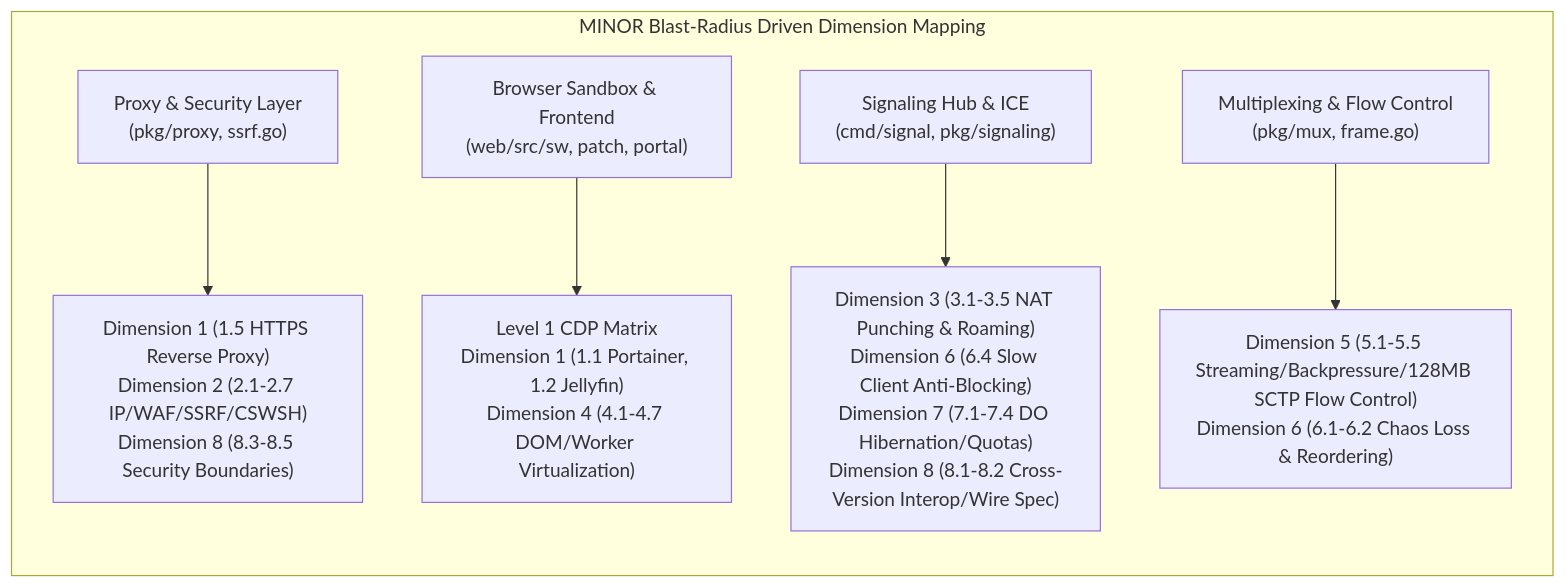
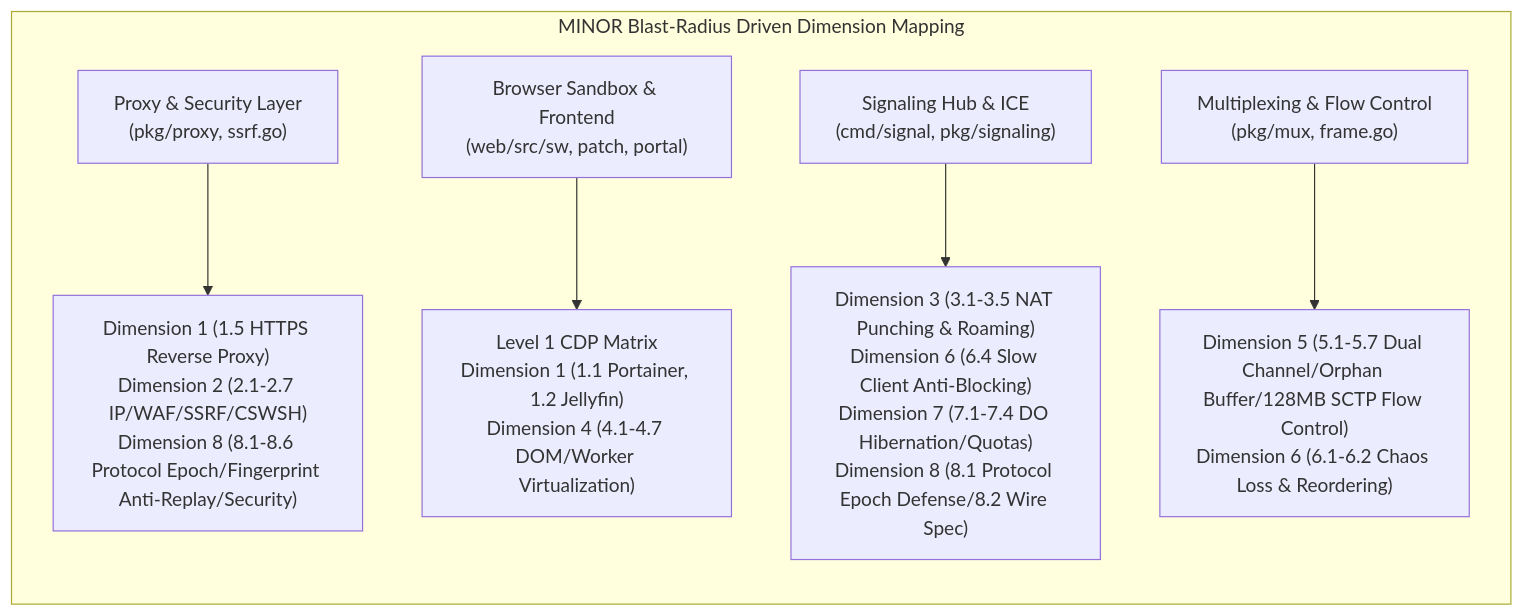
Before and after one commit to BeingNoAbility/WebRTC-Gateway: the second of 4 diagrams in docs/en/TESTING_CHECKLIST.md, drawn with Mermaid. The commit also changed other lines of this file and 6 other files, not shown here.

````diff
--- a/docs/en/TESTING_CHECKLIST.md
+++ b/docs/en/TESTING_CHECKLIST.md
@@ -37,9 +37,9 @@
 ```mermaid
 flowchart LR
     subgraph Blast_Radius_Mapping["MINOR Blast-Radius Driven Dimension Mapping"]
-        C1["Proxy & Security Layer<br/>(pkg/proxy, ssrf.go)"] --> R1["Dimension 1 (1.5 HTTPS Reverse Proxy)<br/>Dimension 2 (2.1-2.7 IP/WAF/SSRF/CSWSH)<br/>Dimension 8 (8.3-8.5 Security Boundaries)"]
+        C1["Proxy & Security Layer<br/>(pkg/proxy, ssrf.go)"] --> R1["Dimension 1 (1.5 HTTPS Reverse Proxy)<br/>Dimension 2 (2.1-2.7 IP/WAF/SSRF/CSWSH)<br/>Dimension 8 (8.1-8.6 Protocol Epoch/Fingerprint Anti-Replay/Security)"]
         C2["Browser Sandbox & Frontend<br/>(web/src/sw, patch, portal)"] --> R2["Level 1 CDP Matrix<br/>Dimension 1 (1.1 Portainer, 1.2 Jellyfin)<br/>Dimension 4 (4.1-4.7 DOM/Worker Virtualization)"]
-        C3["Signaling Hub & ICE<br/>(cmd/signal, pkg/signaling)"] --> R3["Dimension 3 (3.1-3.5 NAT Punching & Roaming)<br/>Dimension 6 (6.4 Slow Client Anti-Blocking)<br/>Dimension 7 (7.1-7.4 DO Hibernation/Quotas)<br/>Dimension 8 (8.1-8.2 Cross-Version Interop/Wire Spec)"]
-        C4["Multiplexing & Flow Control<br/>(pkg/mux, frame.go)"] --> R4["Dimension 5 (5.1-5.5 Streaming/Backpressure/128MB SCTP Flow Control)<br/>Dimension 6 (6.1-6.2 Chaos Loss & Reordering)"]
+        C3["Signaling Hub & ICE<br/>(cmd/signal, pkg/signaling)"] --> R3["Dimension 3 (3.1-3.5 NAT Punching & Roaming)<br/>Dimension 6 (6.4 Slow Client Anti-Blocking)<br/>Dimension 7 (7.1-7.4 DO Hibernation/Quotas)<br/>Dimension 8 (8.1 Protocol Epoch Defense/8.2 Wire Spec)"]
+        C4["Multiplexing & Flow Control<br/>(pkg/mux, frame.go)"] --> R4["Dimension 5 (5.1-5.7 Dual Channel/Orphan Buffer/128MB SCTP Flow Control)<br/>Dimension 6 (6.1-6.2 Chaos Loss & Reordering)"]
     end
 ```
````
